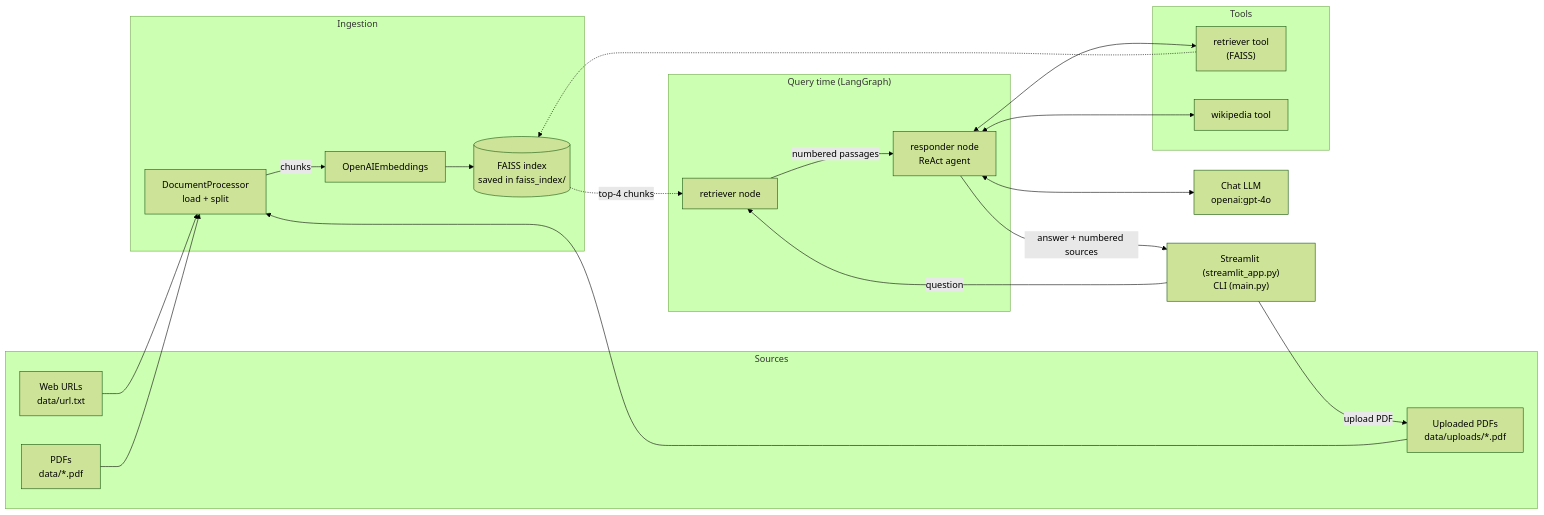
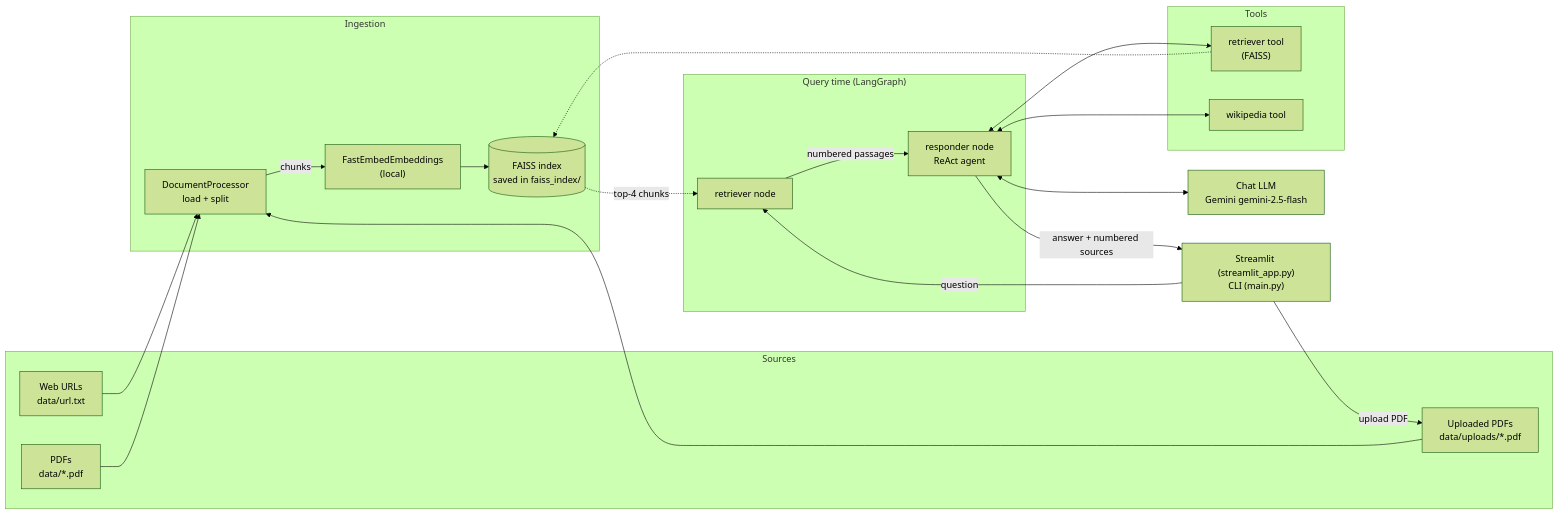
The first of 5 diagrams in README.md (AdithyaHrudai/rag1), drawn with Mermaid (forest theme) before and after one commit. The commit also changed other lines of this file and 3 other files, not shown here.

````diff
--- a/README.md
+++ b/README.md
@@ -58,41 +76,41 @@
 ```mermaid
 flowchart LR
     subgraph Sources
         U["Web URLs<br/>data/url.txt"]
         P["PDFs<br/>data/*.pdf"]
         UP["Uploaded PDFs<br/>data/uploads/*.pdf"]
     end
 
     subgraph Ingestion["Ingestion"]
         DP["DocumentProcessor<br/>load + split"]
-        EMB["OpenAIEmbeddings"]
+        EMB["FastEmbedEmbeddings<br/>(local)"]
         VS[("FAISS index<br/>saved in faiss_index/")]
     end
 
     subgraph Query["Query time (LangGraph)"]
         R["retriever node"]
         A["responder node<br/>ReAct agent"]
     end
 
     subgraph Tools
         T1["retriever tool<br/>(FAISS)"]
         T2["wikipedia tool"]
     end
 
     UI["Streamlit (streamlit_app.py)<br/>CLI (main.py)"]
-    LLM["Chat LLM<br/>openai:gpt-4o"]
+    LLM["Chat LLM<br/>Gemini gemini-2.5-flash"]
 
     U --> DP
     P --> DP
     UP --> DP
     UI -->|upload PDF| UP
     DP -->|chunks| EMB --> VS
     UI -->|question| R
     VS -. top-4 chunks .-> R
     R -->|numbered passages| A
     A <--> LLM
     A <--> T1
     A <--> T2
     T1 -.-> VS
     A -->|answer + numbered sources| UI
 ```
````
